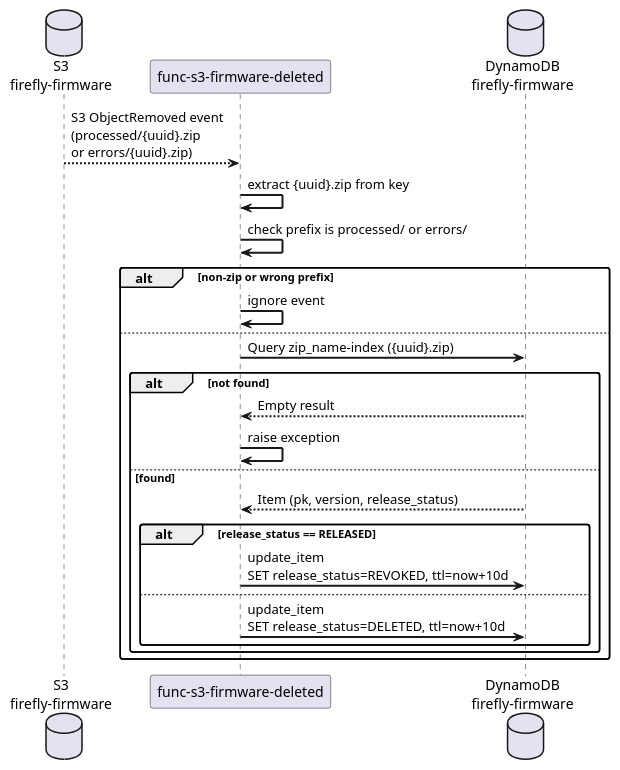
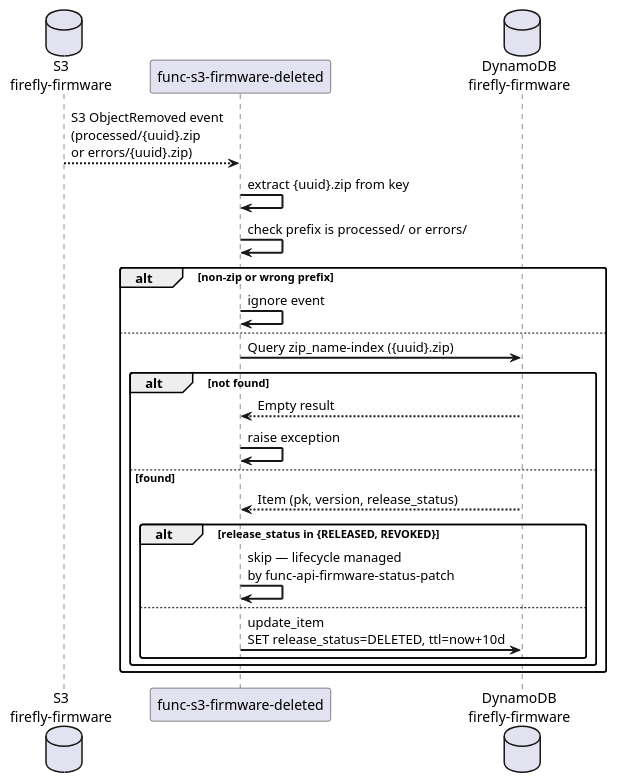
The diagram in cloud/lambdas/images/func-s3-firmware-deleted.puml (BrentIO/FireFly), drawn with PlantUML before and after one commit.

Commit message:
Fix func-s3-firmware-deleted sequence diagram for OTA changes
The diagram showed the old behavior where RELEASED was transitioned to
REVOKED by this function. It now correctly shows that RELEASED/REVOKED
records are skipped, with lifecycle managed by func-api-firmware-status-patch.

```diff
--- a/cloud/lambdas/images/func-s3-firmware-deleted.puml
+++ b/cloud/lambdas/images/func-s3-firmware-deleted.puml
@@ -1,30 +1,30 @@
 @startuml
 skinparam sequenceArrowThickness 2
 skinparam roundcorner 5
 
 database "S3\nfirefly-firmware" as S3
 participant "func-s3-firmware-deleted" as Lambda
 database "DynamoDB\nfirefly-firmware" as DDB
 
 S3 --> Lambda : S3 ObjectRemoved event\n(processed/{uuid}.zip\nor errors/{uuid}.zip)
 
 Lambda -> Lambda : extract {uuid}.zip from key
 Lambda -> Lambda : check prefix is processed/ or errors/
 
 alt non-zip or wrong prefix
   Lambda -> Lambda : ignore event
 else
   Lambda -> DDB : Query zip_name-index ({uuid}.zip)
   alt not found
     DDB --> Lambda : Empty result
     Lambda -> Lambda : raise exception
   else found
     DDB --> Lambda : Item (pk, version, release_status)
-    alt release_status == RELEASED
-      Lambda -> DDB : update_item\nSET release_status=REVOKED, ttl=now+10d
+    alt release_status in {RELEASED, REVOKED}
+      Lambda -> Lambda : skip — lifecycle managed\nby func-api-firmware-status-patch
     else
       Lambda -> DDB : update_item\nSET release_status=DELETED, ttl=now+10d
     end
   end
 end
 @enduml
```
